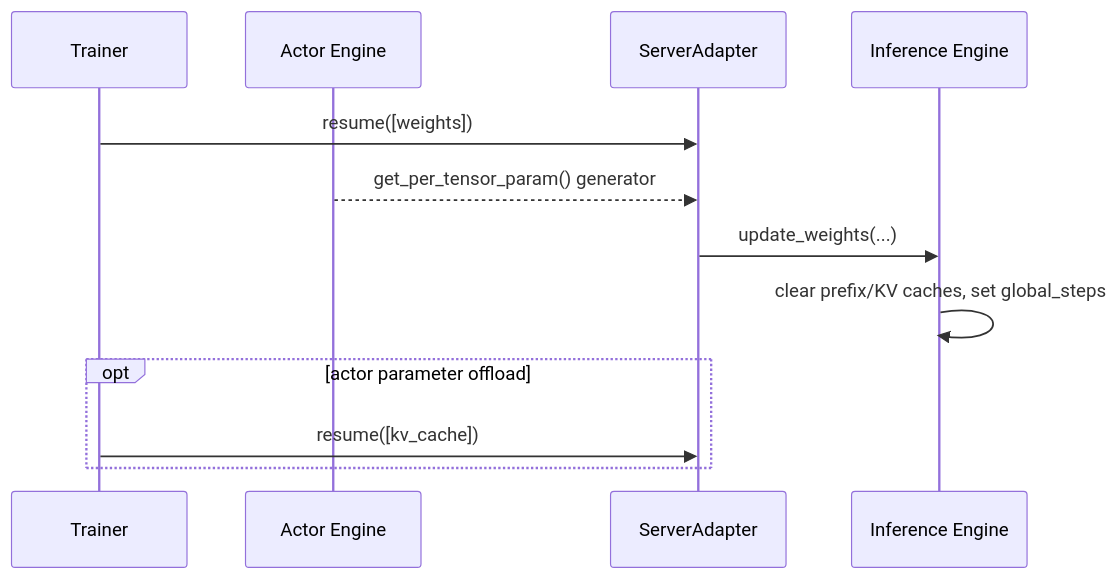
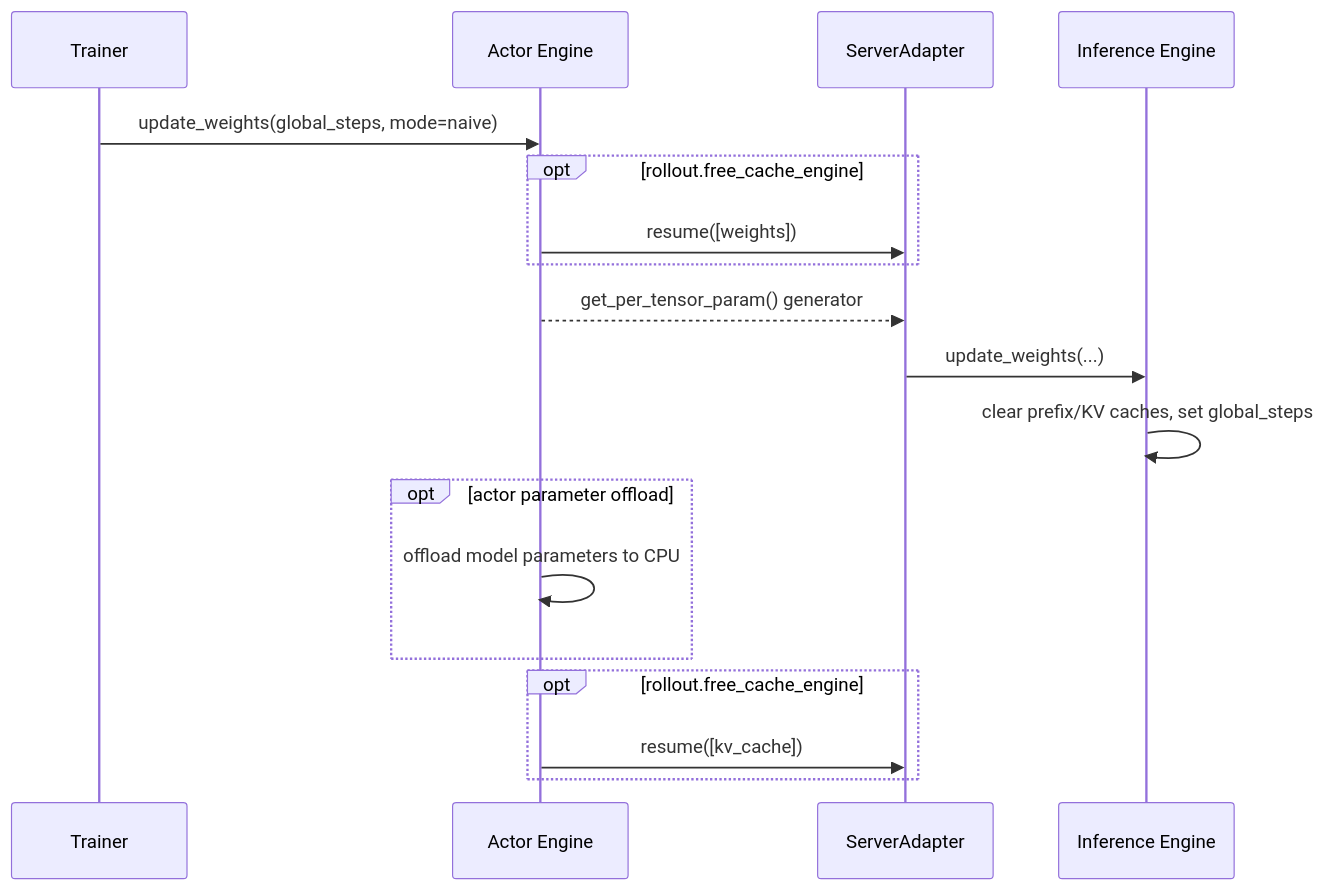
Before and after one commit to BiboyQG/learn-verl: the third of 3 diagrams in docs-site/content/07_rollout_and_weight_sync.md, drawn with Mermaid. The commit also changed other lines of this file and 16 other files, not shown here.

````diff
--- a/docs-site/content/07_rollout_and_weight_sync.md
+++ b/docs-site/content/07_rollout_and_weight_sync.md
@@ -583,15 +593,21 @@
 ```mermaid
 sequenceDiagram
     participant TR as Trainer
     participant AR as Actor Engine
     participant SA as ServerAdapter
     participant IN as Inference Engine
 
-    TR->>SA: resume([weights])
+    TR->>AR: update_weights(global_steps, mode=naive)
+    opt rollout.free_cache_engine
+        AR->>SA: resume([weights])
+    end
     AR-->>SA: get_per_tensor_param() generator
     SA->>IN: update_weights(...)
     IN->>IN: clear prefix/KV caches, set global_steps
     opt actor parameter offload
-    TR->>SA: resume([kv_cache])
+        AR->>AR: offload model parameters to CPU
+    end
+    opt rollout.free_cache_engine
+        AR->>SA: resume([kv_cache])
     end
 ```
````
